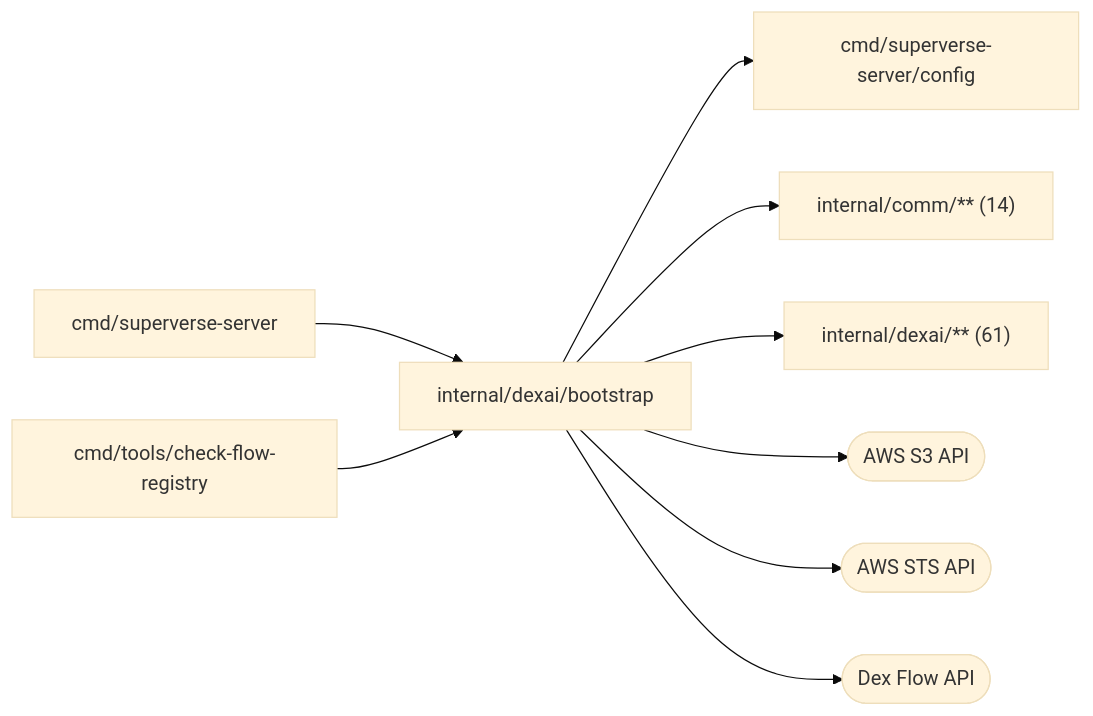
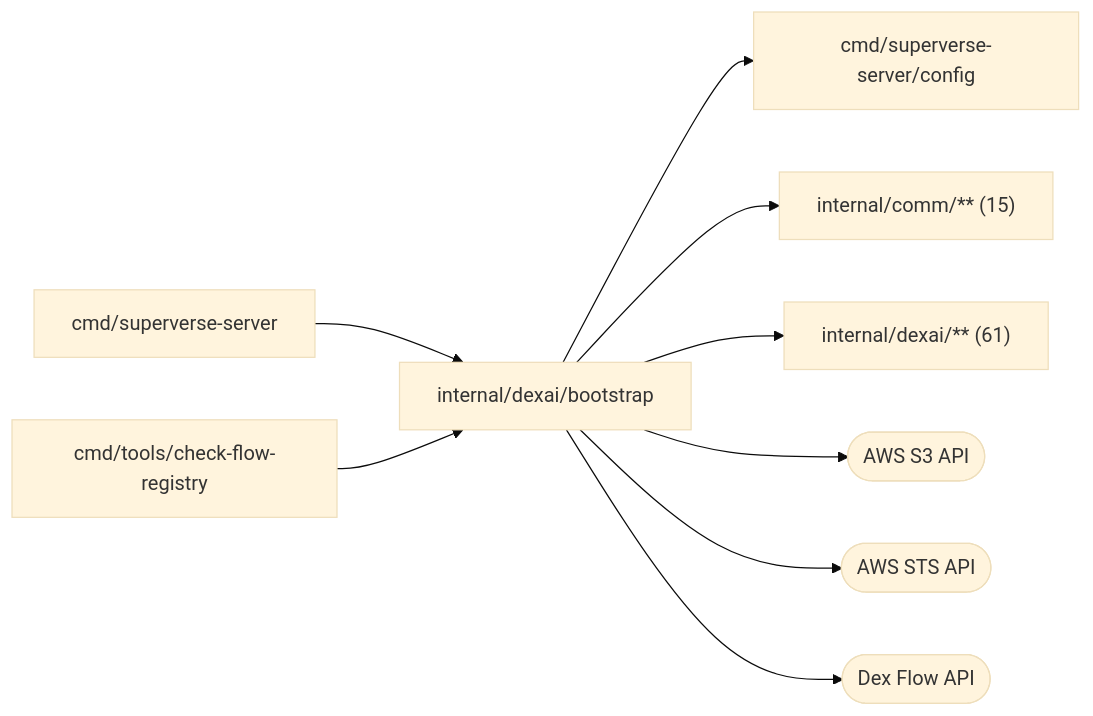
One commit to superdurable/superverse changed the diagram in internal/dexai/bootstrap/README.md. Above: the diagram before and after it, drawn with Mermaid (base theme). The commit also changed other lines of this file and 75 other files, not shown here.

````diff
--- a/internal/dexai/bootstrap/README.md
+++ b/internal/dexai/bootstrap/README.md
@@ -10,12 +10,12 @@
 ```mermaid
 flowchart LR
   self["internal/dexai/bootstrap"]
   c0["cmd/superverse-server"] --> self
   c1["cmd/tools/check-flow-registry"] --> self
   self --> d0["cmd/superverse-server/config"]
-  self --> d1["internal/comm/** (14)"]
+  self --> d1["internal/comm/** (15)"]
   self --> d2["internal/dexai/** (61)"]
   self --> e0(["AWS S3 API"])
   self --> e1(["AWS STS API"])
   self --> e2(["Dex Flow API"])
 ```
````
